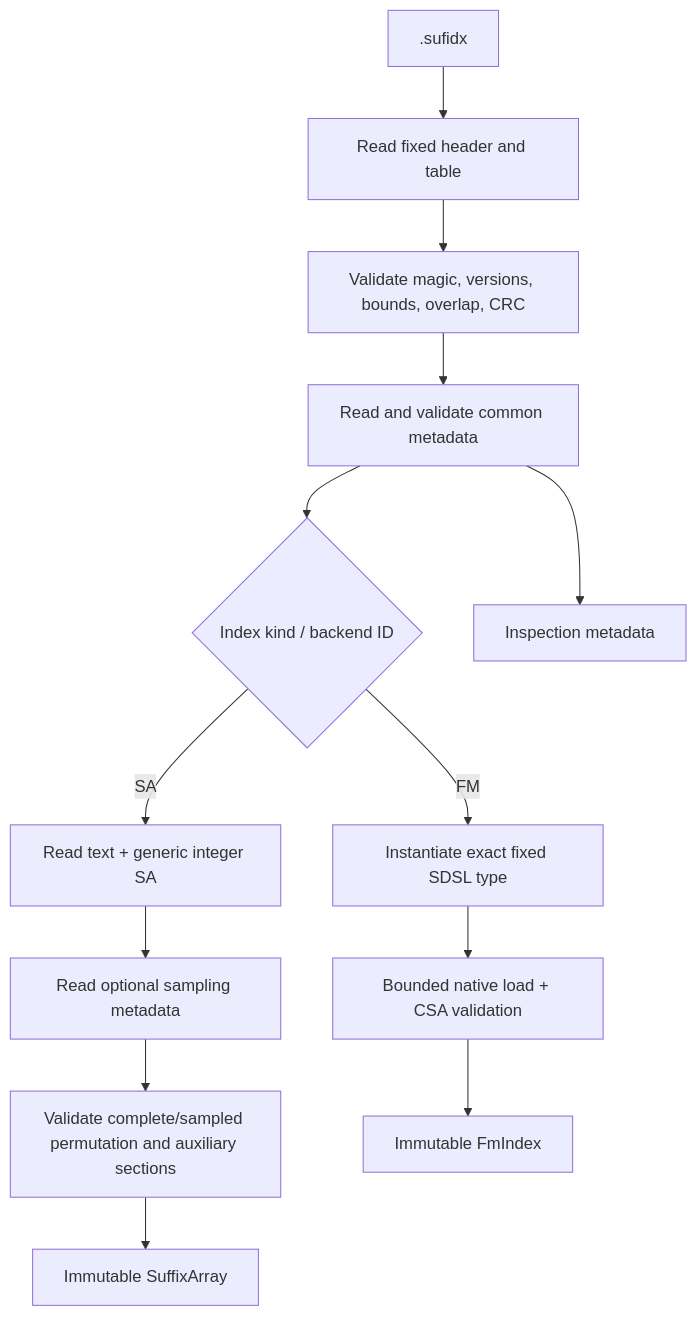
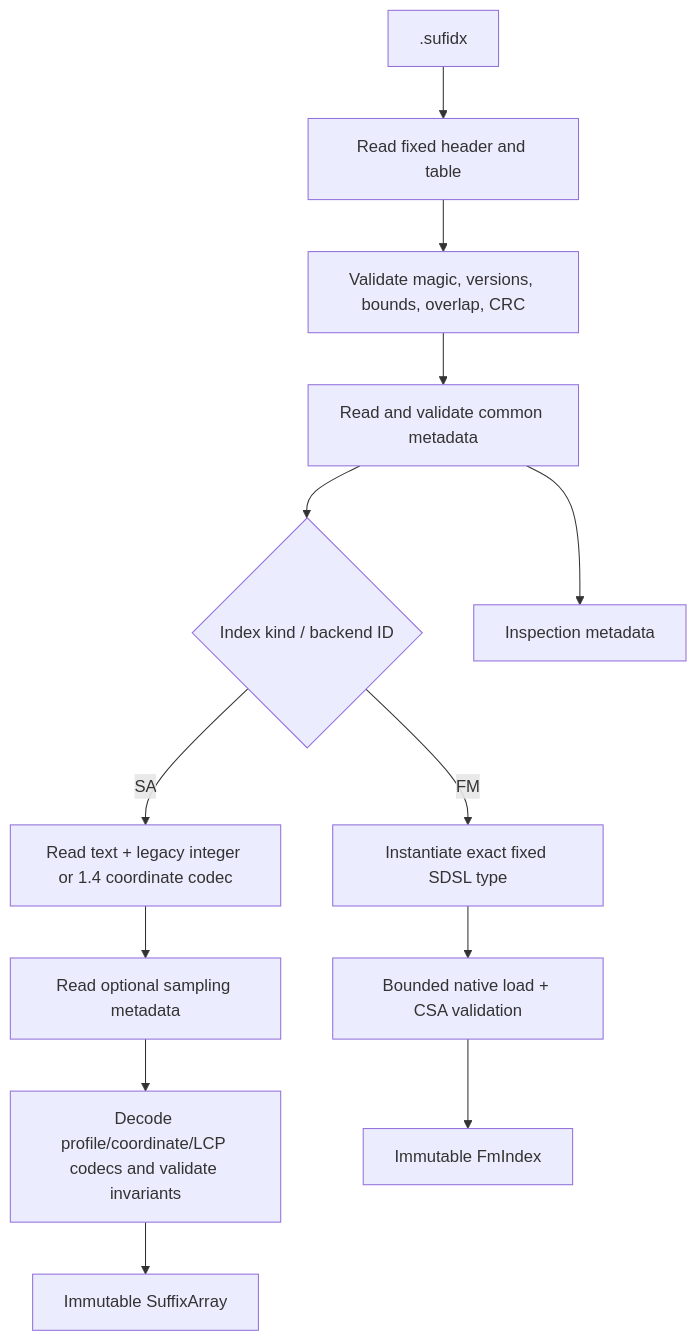
One commit to malabz/sufkit changed the third of 3 diagrams in docs/development/architecture.md. Above: the diagram before and after it, drawn with Mermaid. The commit also changed other lines of this file and 74 other files, not shown here.

````diff
--- a/docs/development/architecture.md
+++ b/docs/development/architecture.md
@@ -100,15 +129,15 @@
 ```mermaid
 flowchart TD
     F[.sufidx] --> H[Read fixed header and table]
     H --> V[Validate magic, versions, bounds, overlap, CRC]
     V --> M[Read and validate common metadata]
     M --> K{Index kind / backend ID}
-    K -->|SA| S[Read text + generic integer SA]
+    K -->|SA| S[Read text + legacy integer or 1.4 coordinate codec]
     S --> P[Read optional sampling metadata]
-    P --> A[Validate complete/sampled permutation and auxiliary sections]
+    P --> A[Decode profile/coordinate/LCP codecs and validate invariants]
     K -->|FM| D[Instantiate exact fixed SDSL type]
     D --> B[Bounded native load + CSA validation]
     A --> I[Immutable SuffixArray]
     B --> J[Immutable FmIndex]
     M --> R[Inspection metadata]
 ```
````
